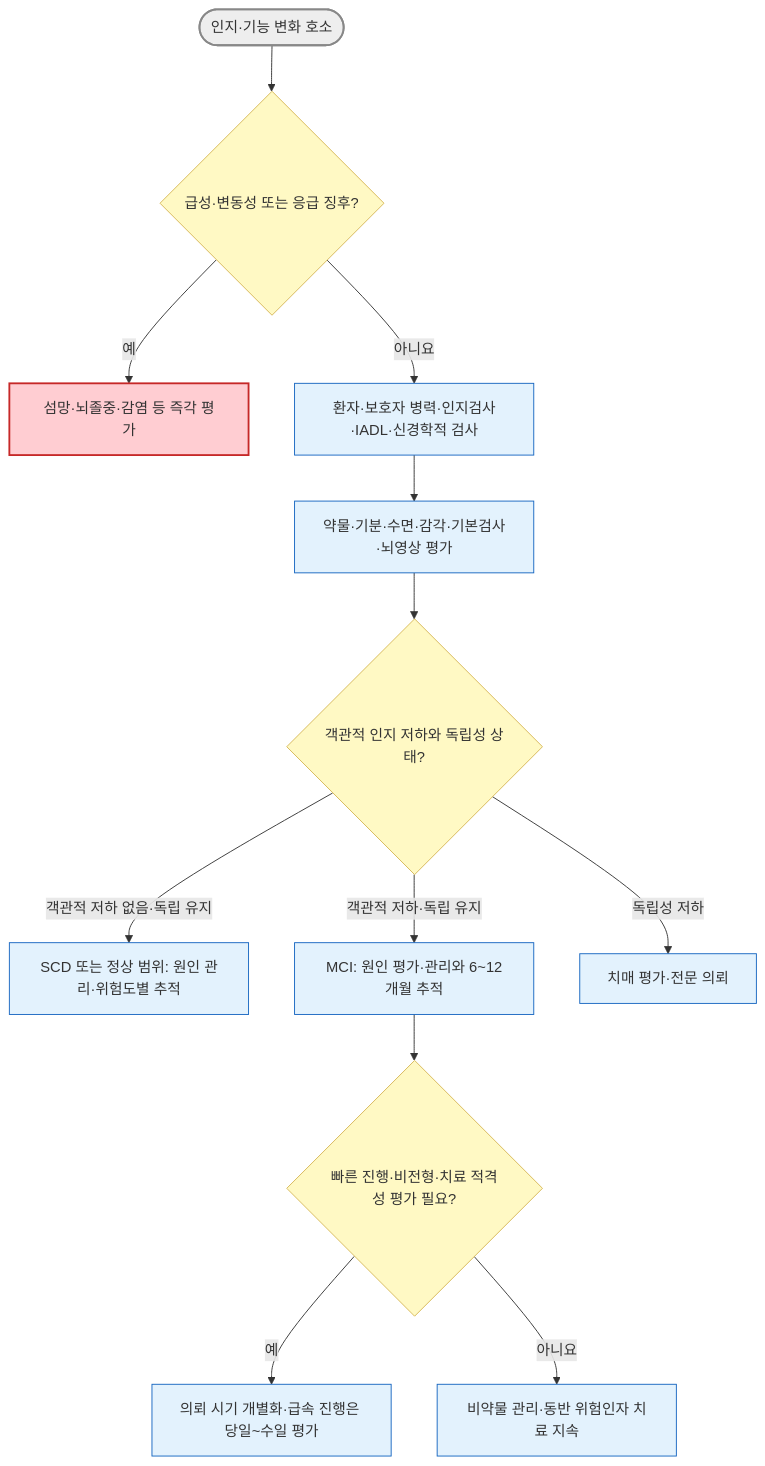
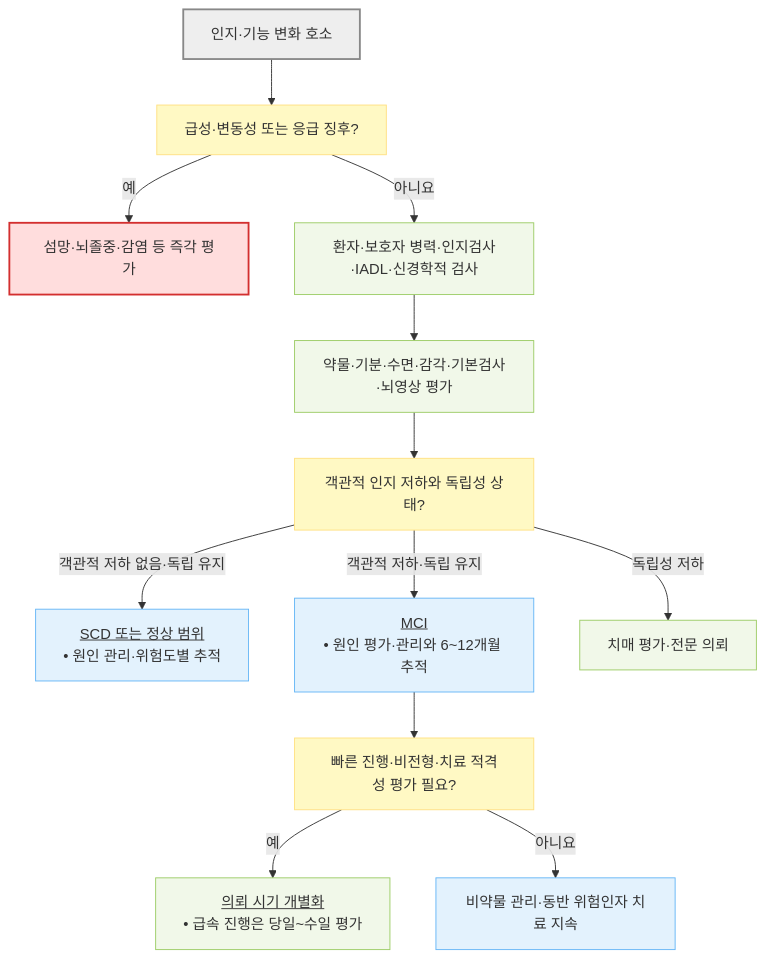
Before and after one commit to familyoh77/familyoh77: the diagram in 221_/032_-mild-cognitive-impairment.md, drawn with Mermaid. The commit also changed 17 other files, not shown here.

````diff
--- a/221_/032_-mild-cognitive-impairment.md
+++ b/221_/032_-mild-cognitive-impairment.md
@@ -229,22 +229,25 @@
 ```mermaid
 flowchart TD
-    A(["인지·기능 변화 호소"]) --> B{"급성·변동성 또는 응급 징후?"}
+    A["인지·기능 변화 호소"] --> B["급성·변동성 또는 응급 징후?"]
     B -- "예" --> E["섬망·뇌졸중·감염 등 즉각 평가"]
     B -- "아니요" --> C["환자·보호자 병력·인지검사·IADL·신경학적 검사"]
     C --> D["약물·기분·수면·감각·기본검사·뇌영상 평가"]
-    D --> Q{"객관적 인지 저하와 독립성 상태?"}
-    Q -- "객관적 저하 없음·독립 유지" --> F["SCD 또는 정상 범위: 원인 관리·위험도별 추적"]
-    Q -- "객관적 저하·독립 유지" --> G["MCI: 원인 평가·관리와 6~12개월 추적"]
+    D --> Q["객관적 인지 저하와 독립성 상태?"]
+    Q -- "객관적 저하 없음·독립 유지" --> F["<u>SCD 또는 정상 범위</u><br/>• 원인 관리·위험도별 추적"]
+    Q -- "객관적 저하·독립 유지" --> G["<u>MCI</u><br/>• 원인 평가·관리와 6~12개월 추적"]
     Q -- "독립성 저하" --> H["치매 평가·전문 의뢰"]
-    G --> R{"빠른 진행·비전형·치료 적격성 평가 필요?"}
-    R -- "예" --> I["의뢰 시기 개별화·급속 진행은 당일~수일 평가"]
+    G --> R["빠른 진행·비전형·치료 적격성 평가 필요?"]
+    R -- "예" --> I["<u>의뢰 시기 개별화</u><br/>• 급속 진행은 당일~수일 평가"]
     R -- "아니요" --> J["비약물 관리·동반 위험인자 치료 지속"]
-    classDef start fill:#eee,stroke:#888,stroke-width:2px
-    classDef decision fill:#fff9c4,stroke:#d6b656
-    classDef emergency fill:#ffcdd2,stroke:#c62828,stroke-width:2px
-    classDef treatment fill:#e3f2fd,stroke:#1565c0
+
+    classDef start fill:#eeeeee,stroke:#888888,stroke-width:2px
+    classDef question fill:#fff9c4,stroke:#ffe082
+    classDef emergency fill:#ffdddd,stroke:#d32f2f,stroke-width:2px
+    classDef evaluation fill:#f1f8e9,stroke:#9ccc65
+    classDef treatment fill:#e3f2fd,stroke:#64b5f6
     class A start
-    class B,Q,R decision
+    class B,Q,R question
     class E emergency
-    class C,D,F,G,H,I,J treatment
+    class C,D,H,I evaluation
+    class F,G,J treatment
 ```
````
